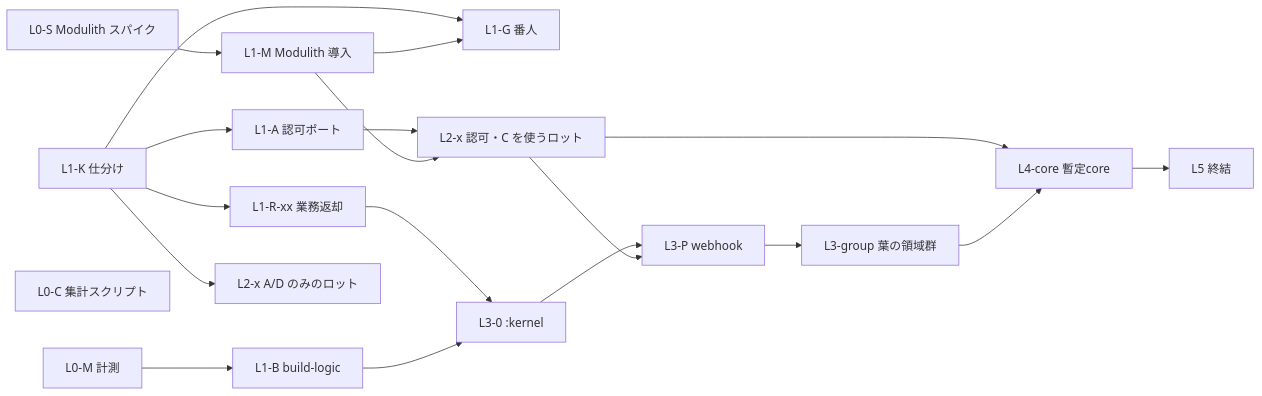
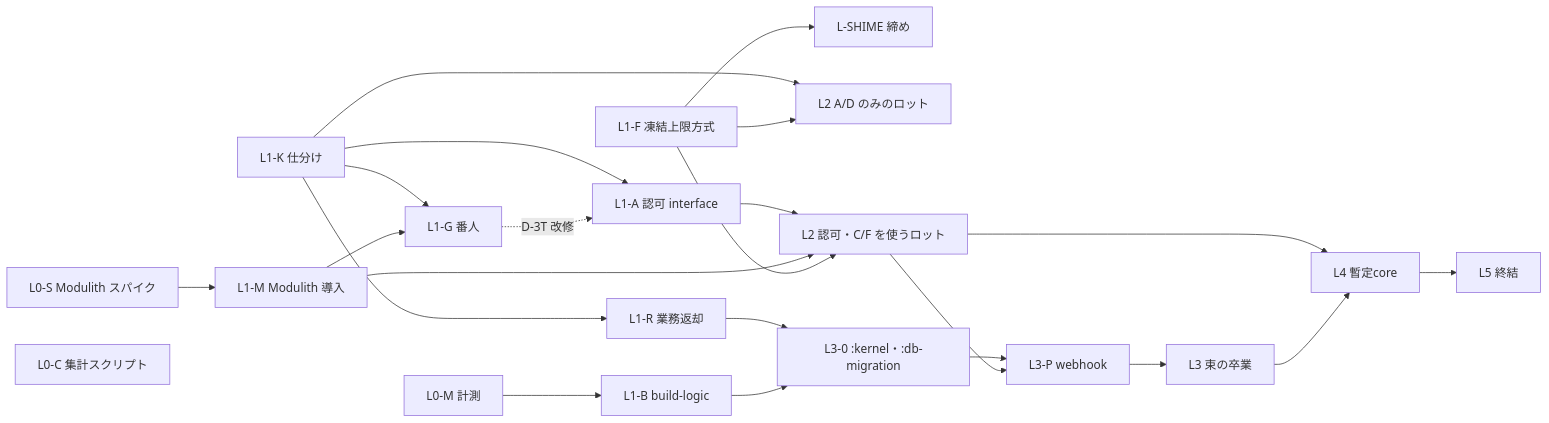
The third of 3 diagrams in docs/architecture/modular_monolith_boundary_debt_repayment.md (kenta-0420/mannschaft), drawn with Mermaid before and after one commit. The commit also changed other lines of this file and 1 other file, not shown here.

````diff
--- a/docs/architecture/modular_monolith_boundary_debt_repayment.md
+++ b/docs/architecture/modular_monolith_boundary_debt_repayment.md
@@ -442,21 +513,25 @@
 ```mermaid
 flowchart LR
   L0M[L0-M 計測] --> L1B[L1-B build-logic]
   L0S[L0-S Modulith スパイク] --> L1M[L1-M Modulith 導入]
   L0C[L0-C 集計スクリプト]
-  L1K[L1-K 仕分け] --> L1A[L1-A 認可ポート]
-  L1K --> L1R[L1-R-xx 業務返却]
+  L1F[L1-F 凍結上限方式] --> SHIME[L-SHIME 締め]
+  L1K[L1-K 仕分け] --> L1A[L1-A 認可 interface]
+  L1K --> L1R[L1-R 業務返却]
   L1K --> L1G[L1-G 番人]
   L1M --> L1G
-  L1K --> L2AD[L2-x A/D のみのロット]
-  L1A --> L2[L2-x 認可・C を使うロット]
+  L1G -. D-3T 改修 .-> L1A
+  L1K --> L2AD[L2 A/D のみのロット]
+  L1F --> L2AD
+  L1A --> L2[L2 認可・C/F を使うロット]
   L1M --> L2
-  L1R --> L30[L3-0 :kernel]
+  L1F --> L2
+  L1R --> L30[L3-0 :kernel・:db-migration]
   L1B --> L30
   L30 --> L3P[L3-P webhook]
   L2 --> L3P
-  L3P --> L3G[L3-group 葉の領域群]
-  L2 --> L4[L4-core 暫定core]
+  L3P --> L3G[L3 束の卒業]
+  L2 --> L4[L4 暫定core]
   L3G --> L4
   L4 --> L5[L5 終結]
 ```
````
